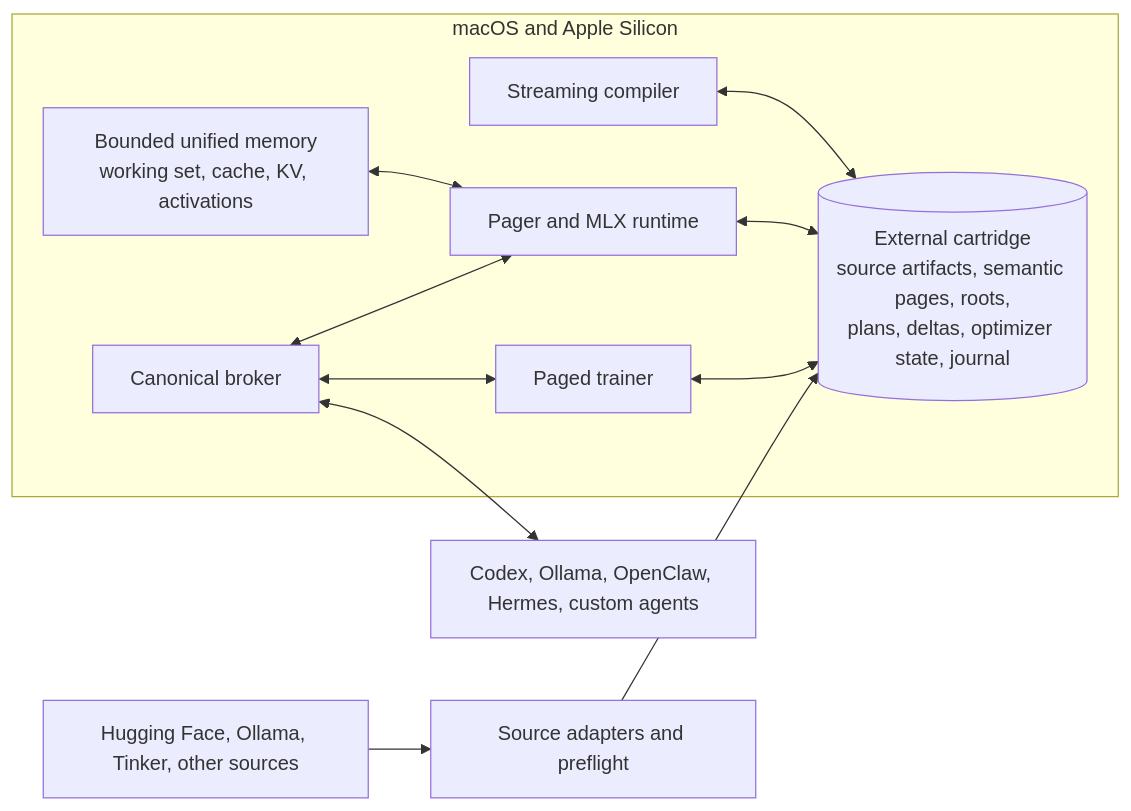
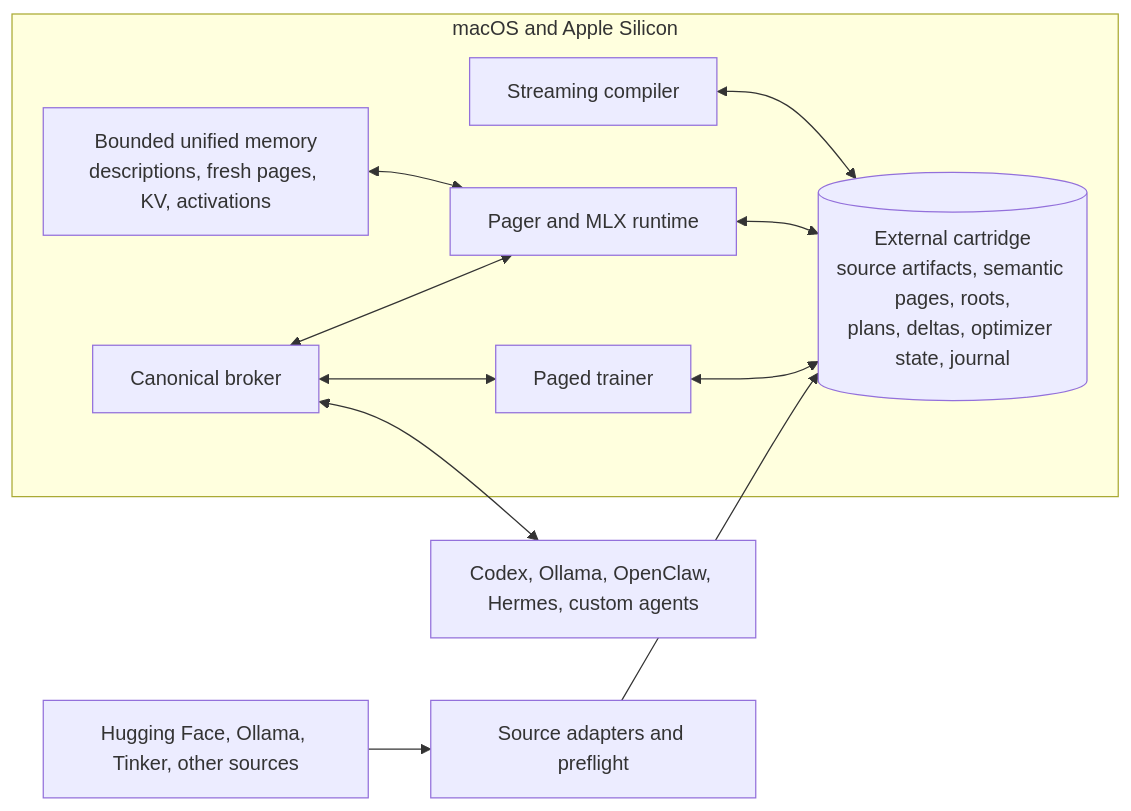
One commit to recluse-studio/cassette changed the diagram in README.md. Above: the diagram before and after it, drawn with Mermaid. The commit also changed other lines of this file and 8 other files, not shown here.

````diff
--- a/README.md
+++ b/README.md
@@ -70,16 +73,16 @@
 ```mermaid
 flowchart LR
     S["Hugging Face, Ollama, Tinker, other sources"] --> A["Source adapters and preflight"]
     A --> D[("External cartridge<br/>source artifacts, semantic pages, roots,<br/>plans, deltas, optimizer state, journal")]
 
     subgraph MAC["macOS and Apple Silicon"]
         C["Streaming compiler"] <--> D
         T["Paged trainer"] <--> D
         P["Pager and MLX runtime"] <--> D
-        U["Bounded unified memory<br/>working set, cache, KV, activations"] <--> P
+        U["Bounded unified memory<br/>descriptions, fresh pages, KV, activations"] <--> P
         B["Canonical broker"] <--> P
         B <--> T
     end
 
     B <--> X["Codex, Ollama, OpenClaw, Hermes, custom agents"]
 ```
````
